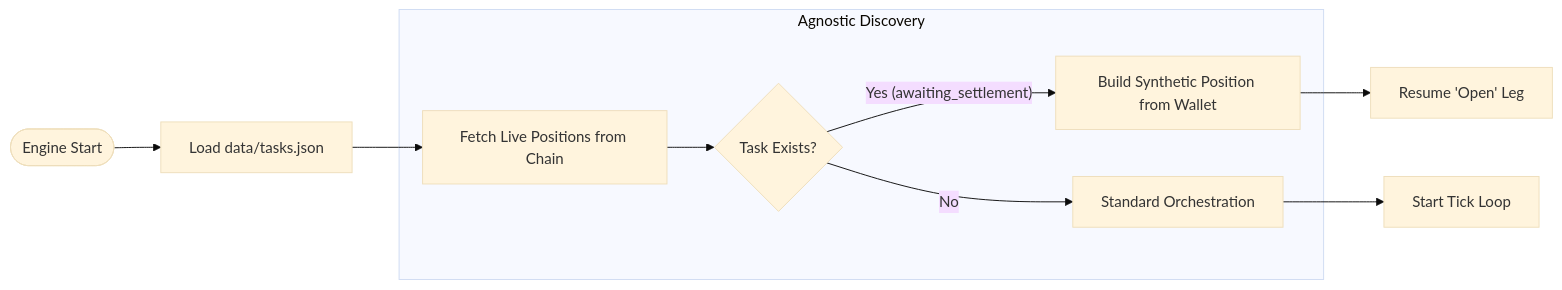
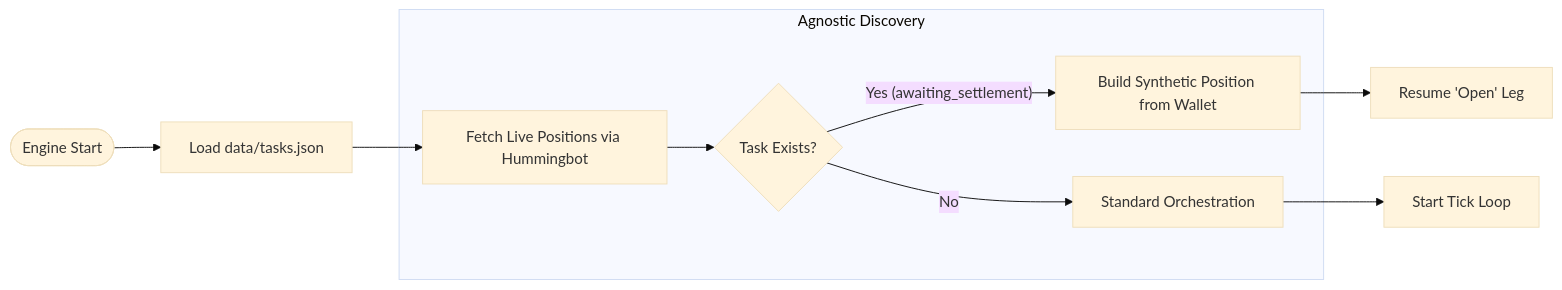
One commit to romankurnovskii/aria-vega-market-maker changed the third of 4 diagrams in docs/ARCHITECTURE.md. Above: the diagram before and after it, drawn with Mermaid (base theme). The commit also changed other lines of this file and 1 other file, not shown here.

Commit message:
docs: update architecture and start-here documentation

````diff
--- a/docs/ARCHITECTURE.md
+++ b/docs/ARCHITECTURE.md
@@ -131,14 +114,14 @@
 ```mermaid
 flowchart LR
     Start([Engine Start]) --> LoadTasks[Load data/tasks.json]
-    LoadTasks --> LoadChain[Fetch Live Positions from Chain]
+    LoadTasks --> LoadChain[Fetch Live Positions via Hummingbot]
 
     subgraph Discovery_Logic [Agnostic Discovery]
         LoadChain --> Match{Task Exists?}
         Match -- Yes (awaiting_settlement) --> Synth[Build Synthetic Position from Wallet]
         Match -- No --> Active[Standard Orchestration]
     end
 
     Synth --> Resume[Resume 'Open' Leg]
     Active --> Loop[Start Tick Loop]
 ```
````
